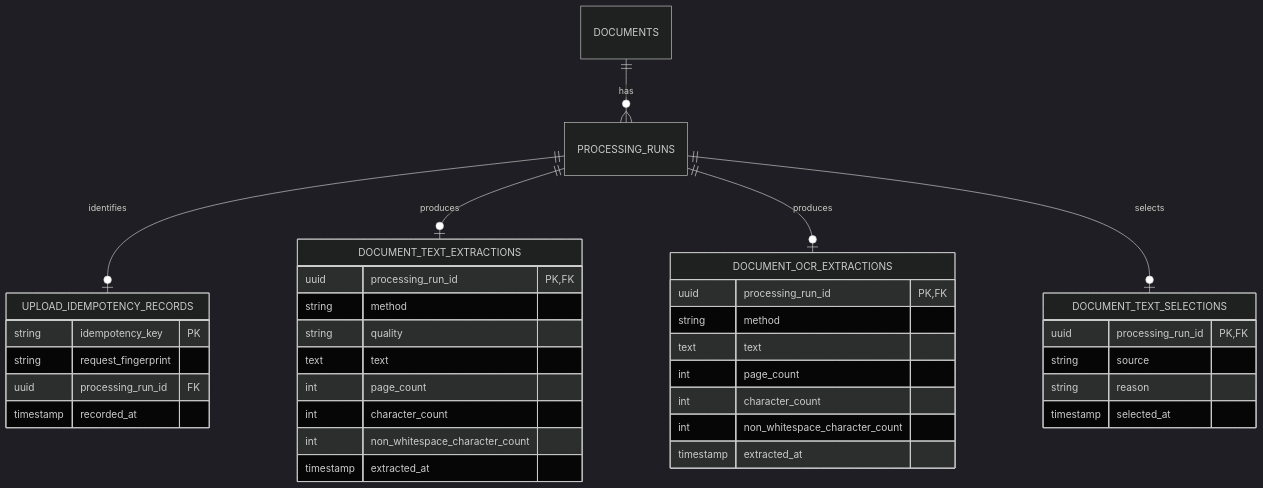
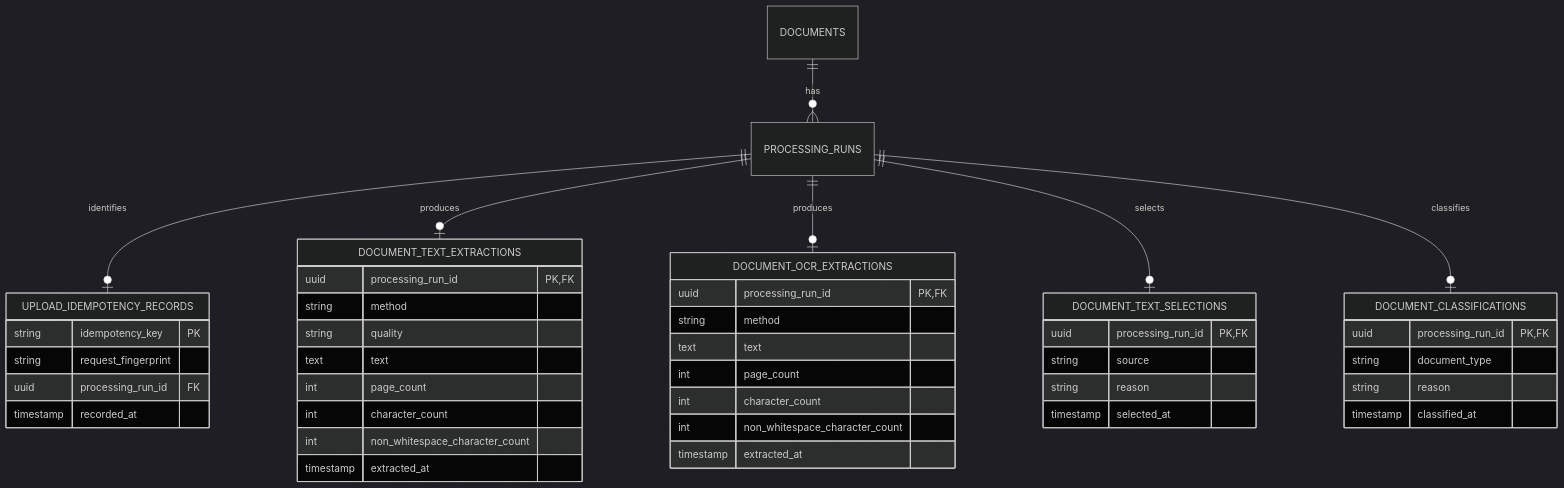
One commit to PietroRussoD/ai-document-processing-platform changed diagram 11 of 11 in docs/architecture.md. Above: the diagram before and after it, drawn with Mermaid (dark theme). The commit also changed other lines of this file and 25 other files, not shown here.

````diff
--- a/docs/architecture.md
+++ b/docs/architecture.md
@@ -304,39 +306,46 @@
 ```mermaid
 erDiagram
     DOCUMENTS ||--o{ PROCESSING_RUNS : has
     PROCESSING_RUNS ||--o| UPLOAD_IDEMPOTENCY_RECORDS : identifies
     PROCESSING_RUNS ||--o| DOCUMENT_TEXT_EXTRACTIONS : produces
     PROCESSING_RUNS ||--o| DOCUMENT_OCR_EXTRACTIONS : produces
     PROCESSING_RUNS ||--o| DOCUMENT_TEXT_SELECTIONS : selects
+    PROCESSING_RUNS ||--o| DOCUMENT_CLASSIFICATIONS : classifies
     UPLOAD_IDEMPOTENCY_RECORDS {
         string idempotency_key PK
         string request_fingerprint
         uuid processing_run_id FK
         timestamp recorded_at
     }
     DOCUMENT_TEXT_EXTRACTIONS {
         uuid processing_run_id PK, FK
         string method
         string quality
         text text
         int page_count
         int character_count
         int non_whitespace_character_count
         timestamp extracted_at
     }
     DOCUMENT_OCR_EXTRACTIONS {
         uuid processing_run_id PK, FK
         string method
         text text
         int page_count
         int character_count
         int non_whitespace_character_count
         timestamp extracted_at
     }
     DOCUMENT_TEXT_SELECTIONS {
         uuid processing_run_id PK, FK
         string source
         string reason
         timestamp selected_at
     }
+    DOCUMENT_CLASSIFICATIONS {
+        uuid processing_run_id PK, FK
+        string document_type
+        string reason
+        timestamp classified_at
+    }
 ```
````
